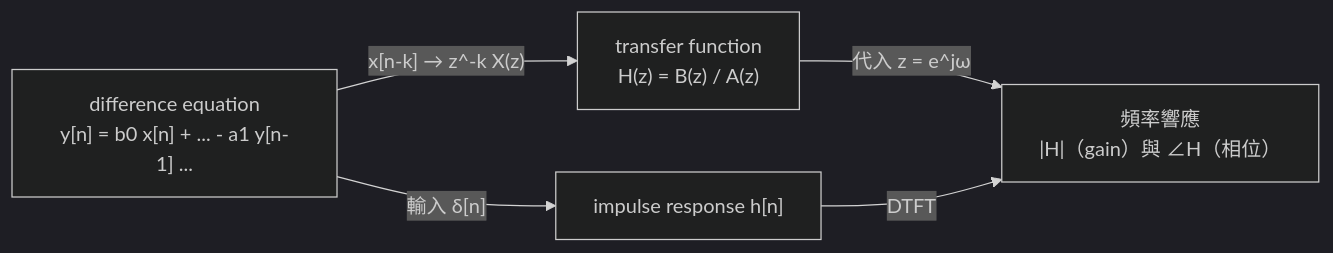
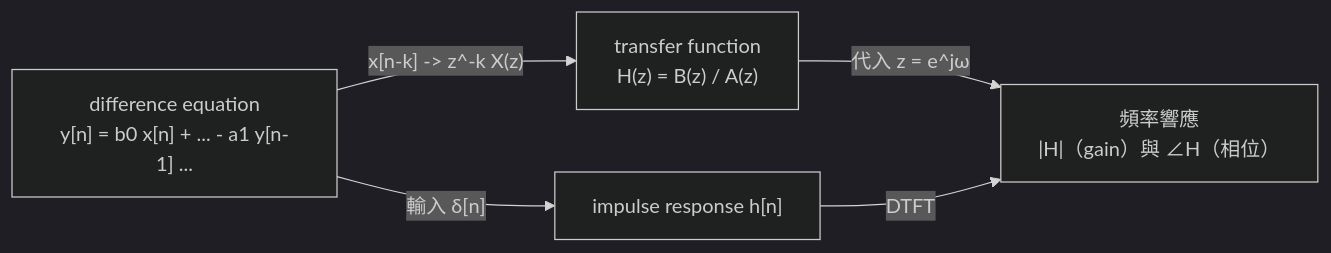
One commit to TomHsieh300/DAW-for-fun changed the first of 4 diagrams in lessons/02-filter/README.zh-TW.md. Above: the diagram before and after it, drawn with Mermaid (dark theme). The commit also changed other lines of this file and 6 other files, not shown here.

First line of the commit message:
ch02: redraw text diagrams as Mermaid and SVG figures

````diff
--- a/lessons/02-filter/README.zh-TW.md
+++ b/lessons/02-filter/README.zh-TW.md
@@ -178,7 +156,7 @@
 ```mermaid
 flowchart LR
-    DE["difference equation<br/>y[n] = b0 x[n] + ... - a1 y[n-1] ..."] -- "x[n-k] → z^-k X(z)" --> TF["transfer function<br/>H(z) = B(z) / A(z)"]
+    DE["difference equation<br/>y[n] = b0 x[n] + ... - a1 y[n-1] ..."] -- "x[n-k] -> z^-k X(z)" --> TF["transfer function<br/>H(z) = B(z) / A(z)"]
     TF -- "代入 z = e^jω" --> FR["頻率響應<br/>|H|（gain）與 ∠H（相位）"]
     DE -- "輸入 δ[n]" --> IR["impulse response h[n]"]
     IR -- "DTFT" --> FR
 ```
````
